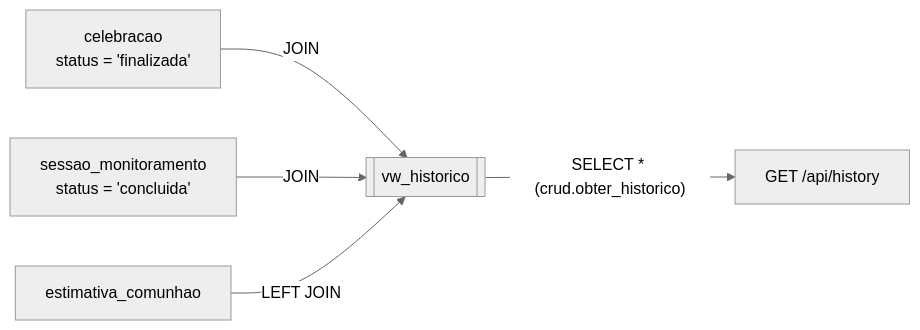
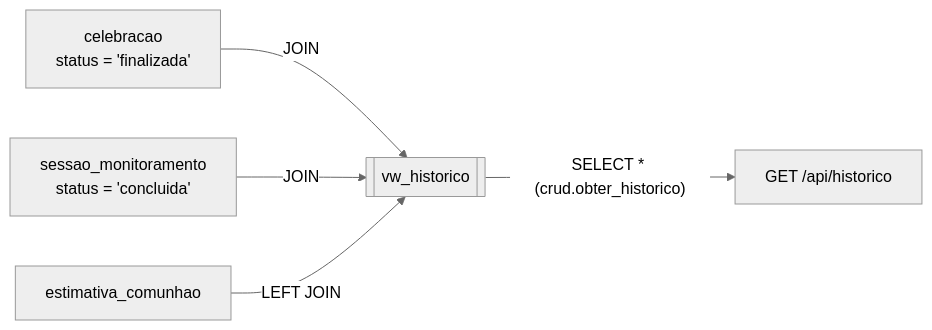
The second of 6 diagrams in backend/DOCUMENTACAO_BANCO.md (FelipeUemura11/EucharistCount-TCC), drawn with Mermaid (neutral theme) before and after one commit. The commit also changed 50 other files, not shown here.

````diff
--- a/backend/DOCUMENTACAO_BANCO.md
+++ b/backend/DOCUMENTACAO_BANCO.md
@@ -261,7 +261,7 @@
 ```mermaid
 flowchart LR
     C["celebracao<br/>status = 'finalizada'"] -->|JOIN| V[["vw_historico"]]
     S["sessao_monitoramento<br/>status = 'concluida'"] -->|JOIN| V
     E["estimativa_comunhao"] -->|LEFT JOIN| V
-    V -->|"SELECT * (crud.obter_historico)"| A["GET /api/history"]
+    V -->|"SELECT * (crud.obter_historico)"| A["GET /api/historico"]
 ```
````
